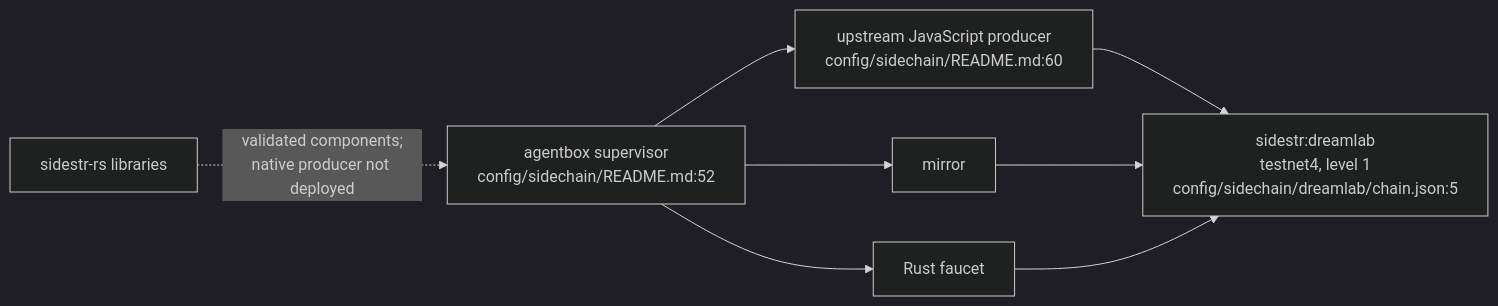
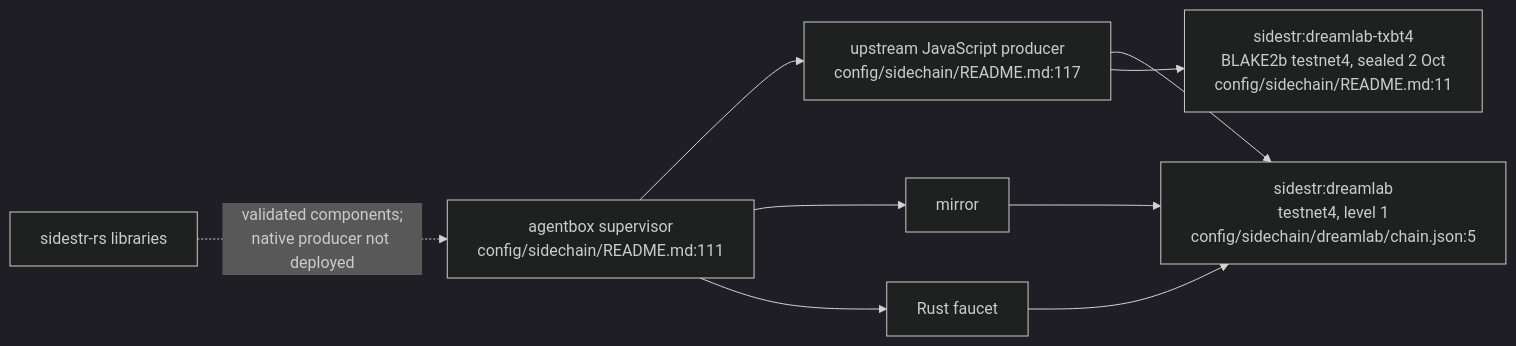
One commit to DreamLab-AI/VisionFlow changed the fourth of 4 diagrams in docs/diagrams/sidestr-rs/01-workspace-oracles-and-live-boundary.md. Above: the diagram before and after it, drawn with Mermaid (dark theme). The commit also changed other lines of this file and 21 other files, not shown here.

Commit message:
docs(diagrams): refresh first verified estate batch

````diff
--- a/docs/diagrams/sidestr-rs/01-workspace-oracles-and-live-boundary.md
+++ b/docs/diagrams/sidestr-rs/01-workspace-oracles-and-live-boundary.md
@@ -102,10 +104,11 @@
 ```mermaid
 flowchart LR
-    AB["agentbox supervisor<br/>config/sidechain/README.md:52"] --> JP["upstream JavaScript producer<br/>config/sidechain/README.md:60"]
+    AB["agentbox supervisor<br/>config/sidechain/README.md:111"] --> JP["upstream JavaScript producer<br/>config/sidechain/README.md:117"]
     AB --> M["mirror"]
     AB --> F["Rust faucet"]
     JP --> D["sidestr:dreamlab<br/>testnet4, level 1<br/>config/sidechain/dreamlab/chain.json:5"]
+    JP --> D2["sidestr:dreamlab-txbt4<br/>BLAKE2b testnet4, sealed 2 Oct<br/>config/sidechain/README.md:11"]
     M --> D
     F --> D
     RS["sidestr-rs libraries"] -. "validated components;<br/>native producer not deployed" .-> AB
 ```
````
